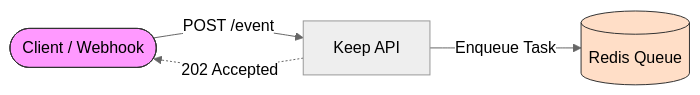
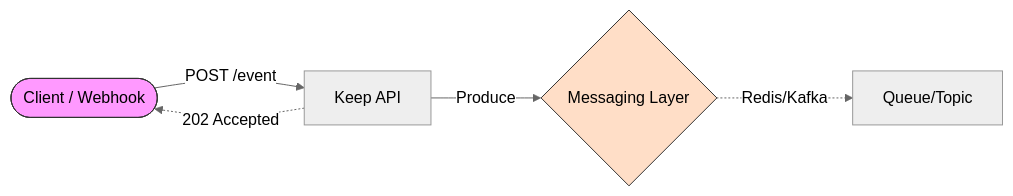
Before and after one commit to venaTeam/docs: the first of 4 diagrams in data-flow.mdx, drawn with Mermaid (neutral theme). The commit also changed other lines of this file and 6 other files, not shown here.

````diff
--- a/data-flow.mdx
+++ b/data-flow.mdx
@@ -21,9 +23,10 @@
 ```mermaid
 flowchart LR
     Client(["Client / Webhook"]) -->|POST /event| API[Keep API]
-    API -->|Enqueue Task| Redis[(Redis Queue)]
+    API -->|Produce| Bus{Messaging Layer}
+    Bus -.->|Redis/Kafka| Storage[Queue/Topic]
     API -.->|202 Accepted| Client
     
     style Client fill:#f9f,stroke:#333
-    style Redis fill:#ffdec7,stroke:#333
+    style Bus fill:#ffdec7,stroke:#333
 ```
````
